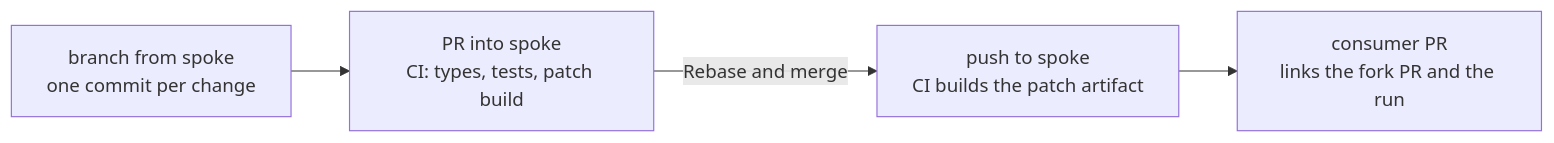
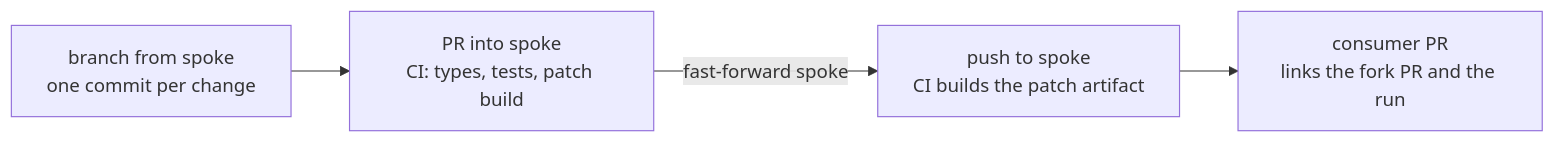
Before and after one commit to getcircuit/firebase-js-sdk: the second of 2 diagrams in spoke-patch/README.md, drawn with Mermaid. The commit also changed other lines of this file and 1 other file, not shown here.

First line of the commit message:
Describe how pull requests reach spoke and which patch build to ship

````diff
--- a/spoke-patch/README.md
+++ b/spoke-patch/README.md
@@ -88,6 +88,6 @@
 ```mermaid
 flowchart LR
   A["branch from spoke<br/>one commit per change"] --> B["PR into spoke<br/>CI: types, tests, patch build"]
-  B -->|"Rebase and merge"| C["push to spoke<br/>CI builds the patch artifact"]
+  B -->|"fast-forward spoke"| C["push to spoke<br/>CI builds the patch artifact"]
   C --> D["consumer PR<br/>links the fork PR and the run"]
 ```
````
